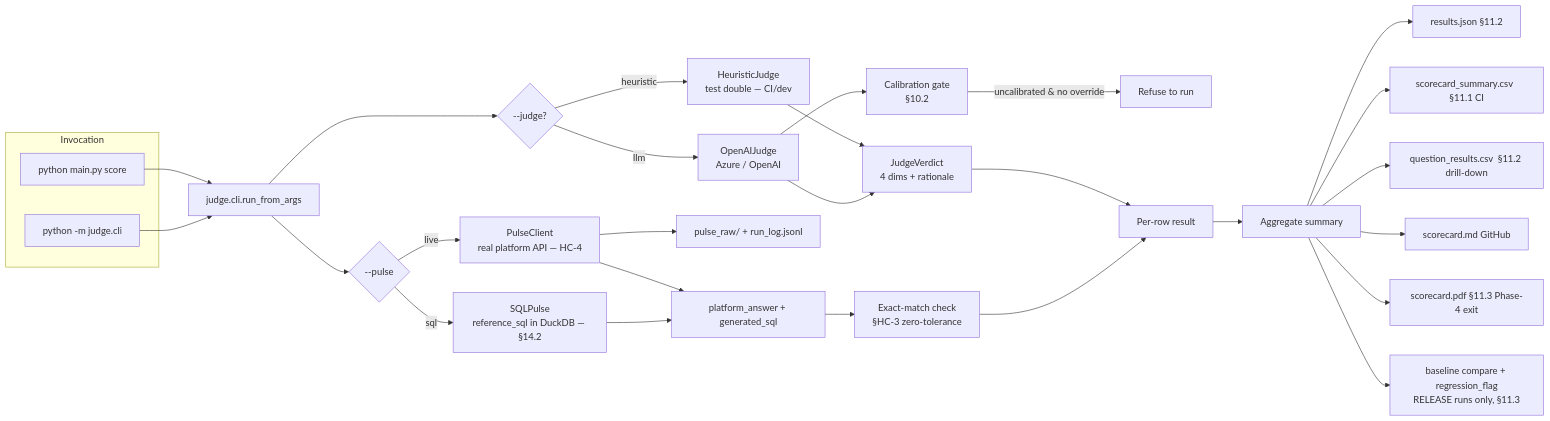
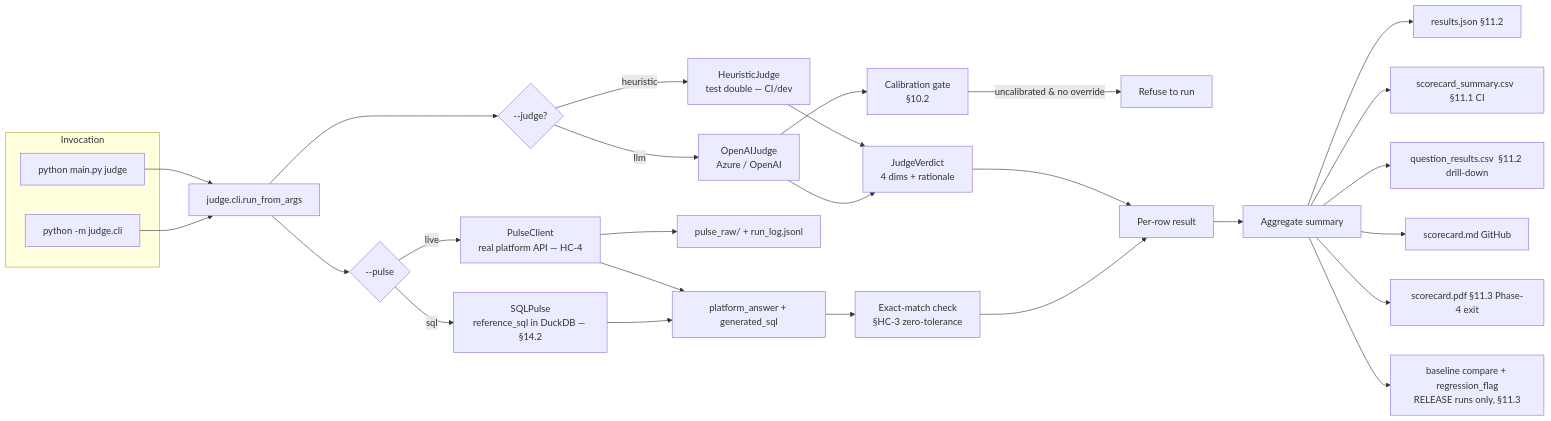
Before and after one commit to JarettCodeHive/nlq-eval-framework-merged: the first of 5 diagrams in docs/judge_flow.md, drawn with Mermaid. The commit also changed 48 other files, not shown here.

````diff
--- a/docs/judge_flow.md
+++ b/docs/judge_flow.md
@@ -8,37 +8,37 @@
 ```mermaid
 flowchart LR
   subgraph invoke [Invocation]
-    A1[python main.py score]
+    A1[python main.py judge]
     A2[python -m judge.cli]
   end
   A1 --> B
   A2 --> B
 
   B[judge.cli.run_from_args] --> C{--judge?}
   C -- heuristic --> D[HeuristicJudge<br/>test double — CI/dev]
   C -- llm  --> E[OpenAIJudge<br/>Azure / OpenAI]
   E --> G[Calibration gate<br/>§10.2]
   G -- uncalibrated & no override --> X[Refuse to run]
 
   B --> H{--pulse}
   H -- live --> I[PulseClient<br/>real platform API — HC-4]
   H -- sql --> I2[SQLPulse<br/>reference_sql in DuckDB — §14.2]
   I --> R[pulse_raw/ + run_log.jsonl]
   I --> J[platform_answer + generated_sql]
   I2 --> J
 
   D --> K
   E --> K[JudgeVerdict<br/>4 dims + rationale]
   J --> L[Exact-match check<br/>§HC-3 zero-tolerance]
 
   K --> M[Per-row result]
   L --> M
   M --> N[Aggregate summary]
 
   N --> O1[results.json  §11.2]
   N --> O2[scorecard_summary.csv  §11.1 CI]
   N --> O5[question_results.csv  §11.2 drill-down]
   N --> O3[scorecard.md  GitHub]
   N --> O4[scorecard.pdf §11.3 Phase-4 exit]
   N --> O6[baseline compare + regression_flag<br/>RELEASE runs only, §11.3]
 ```
````
